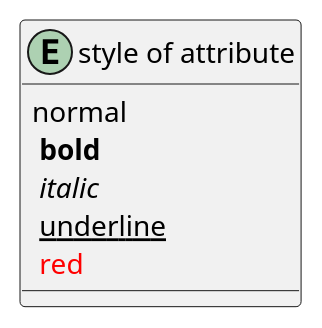
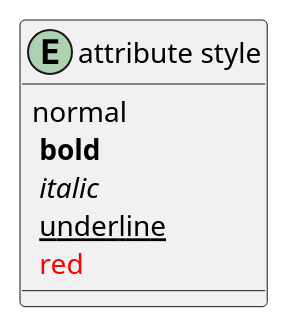
Before and after one commit to crsml/plantuml: the sixth of 16 diagrams in er-diagram-cheat-sheet.md, drawn with PlantUML. The commit also changed other lines of this file, not shown here.

````diff
--- a/er-diagram-cheat-sheet.md
+++ b/er-diagram-cheat-sheet.md
@@ -94,11 +116,11 @@
 ```uml
 @startuml
-    entity "style of attribute" {
+    entity "attribute style" {
         normal
         <b> bold
         <i> italic
         <u> underline
         <color:RED> red
     }
 @enduml
 ```
````
